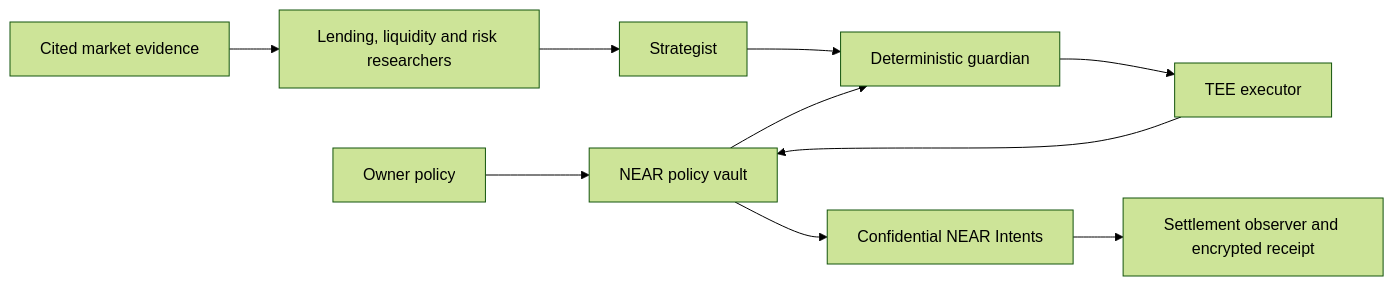
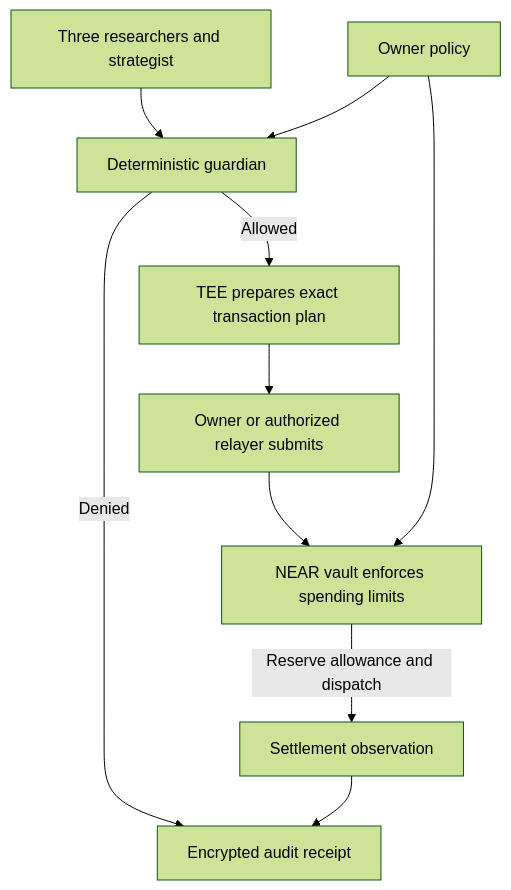
The diagram in docs/ARCHITECTURE.md (Agozie180/Neslos), drawn with Mermaid (forest theme) before and after one commit. The commit also changed other lines of this file and 11 other files, not shown here.

````diff
--- a/docs/ARCHITECTURE.md
+++ b/docs/ARCHITECTURE.md
@@ -11,12 +11,12 @@
 ```mermaid
-flowchart LR
-  O[Owner policy] --> V[NEAR policy vault]
-  D[Cited market evidence] --> R[Lending, liquidity and risk researchers]
-  R --> S[Strategist]
-  S --> G[Deterministic guardian]
-  V --> G
-  G --> T[TEE executor]
-  T --> V
-  V --> I[Confidential NEAR Intents]
-  I --> A[Settlement observer and encrypted receipt]
+flowchart TD
+  R[Three researchers and strategist] --> G[Deterministic guardian]
+  P[Owner policy] --> G
+  G -->|Allowed| T[TEE prepares exact transaction plan]
+  G -->|Denied| A[Encrypted audit receipt]
+  T --> O[Owner or authorized relayer submits]
+  O --> V[NEAR vault enforces spending limits]
+  P --> V
+  V -->|Reserve allowance and dispatch| S[Settlement observation]
+  S --> A
 ```
````
